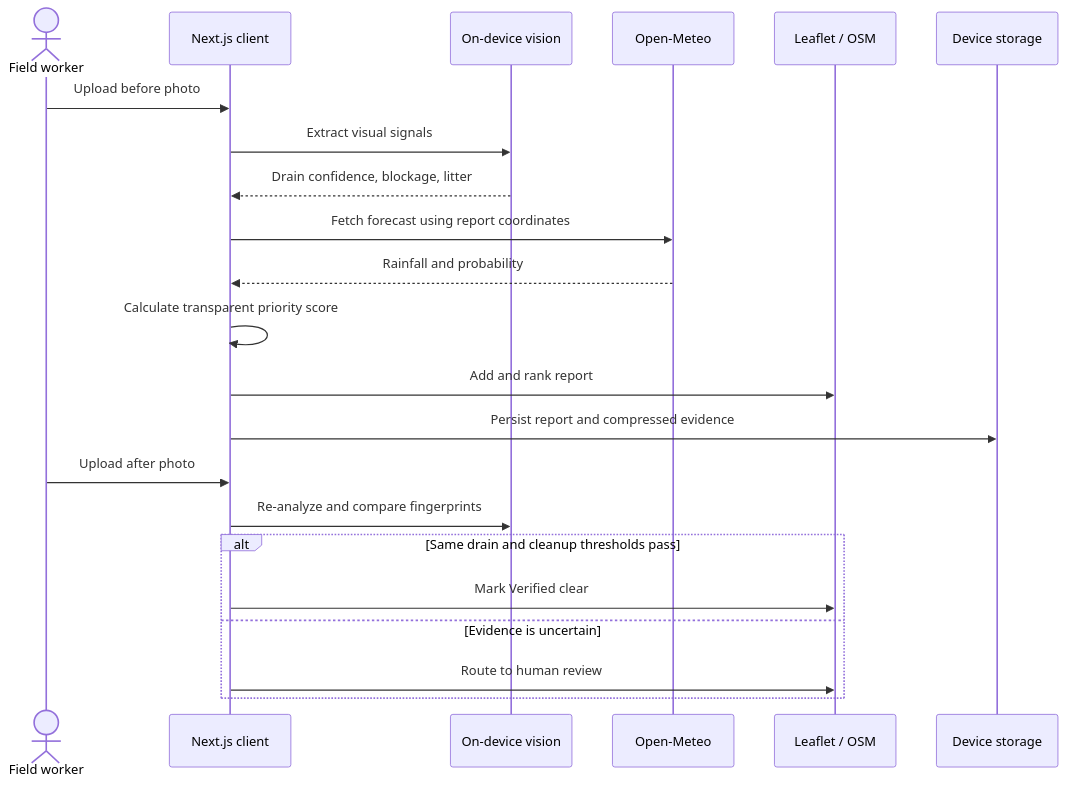
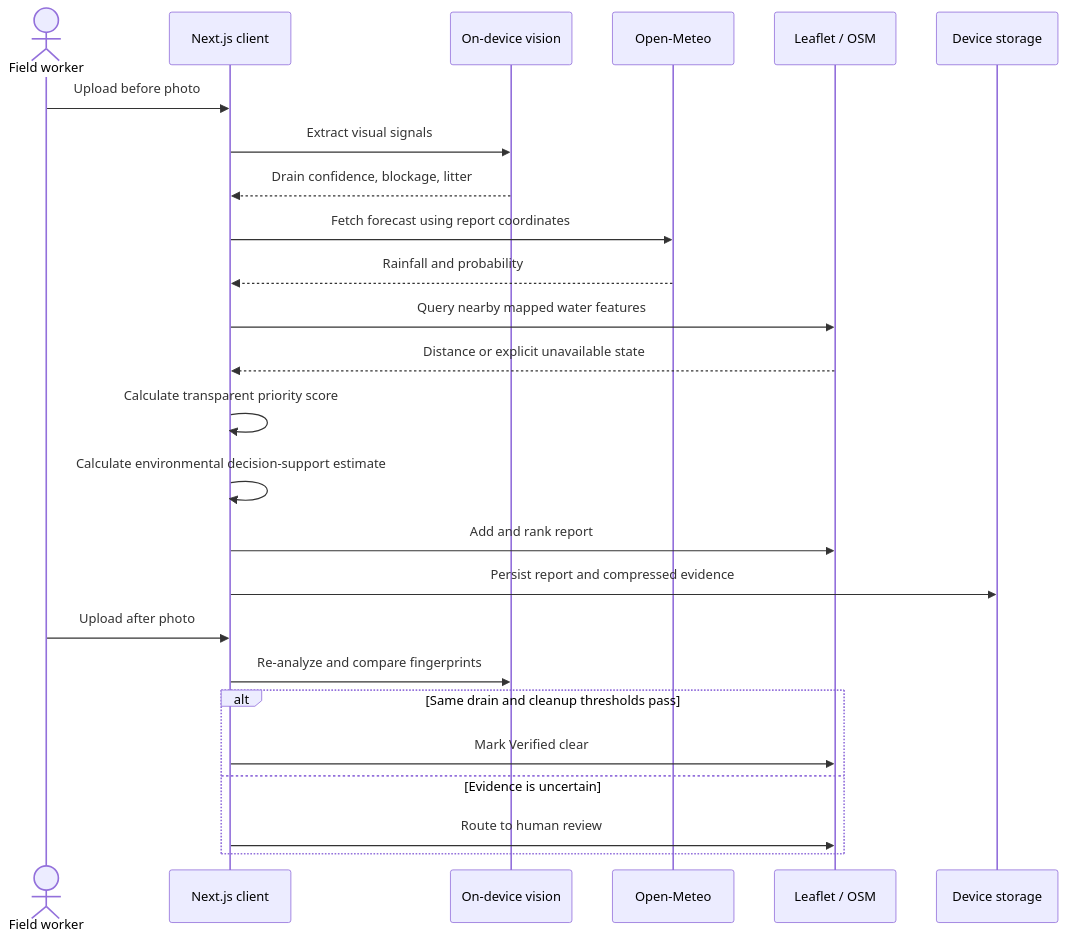
One commit to bhavyakeerthi3/drainguard-ai changed the diagram in docs/ARCHITECTURE.md. Above: the diagram before and after it, drawn with Mermaid. The commit also changed other lines of this file and 6 other files, not shown here.

````diff
--- a/docs/ARCHITECTURE.md
+++ b/docs/ARCHITECTURE.md
@@ -13,25 +14,28 @@
 ```mermaid
 sequenceDiagram
     actor Worker as Field worker
     participant UI as Next.js client
     participant Vision as On-device vision
     participant Weather as Open-Meteo
     participant Map as Leaflet / OSM
     participant Store as Device storage
 
     Worker->>UI: Upload before photo
     UI->>Vision: Extract visual signals
     Vision-->>UI: Drain confidence, blockage, litter
     UI->>Weather: Fetch forecast using report coordinates
     Weather-->>UI: Rainfall and probability
+    UI->>Map: Query nearby mapped water features
+    Map-->>UI: Distance or explicit unavailable state
     UI->>UI: Calculate transparent priority score
+    UI->>UI: Calculate environmental decision-support estimate
     UI->>Map: Add and rank report
     UI->>Store: Persist report and compressed evidence
     Worker->>UI: Upload after photo
     UI->>Vision: Re-analyze and compare fingerprints
     alt Same drain and cleanup thresholds pass
         UI->>Map: Mark Verified clear
     else Evidence is uncertain
         UI->>Map: Route to human review
     end
 ```
````
